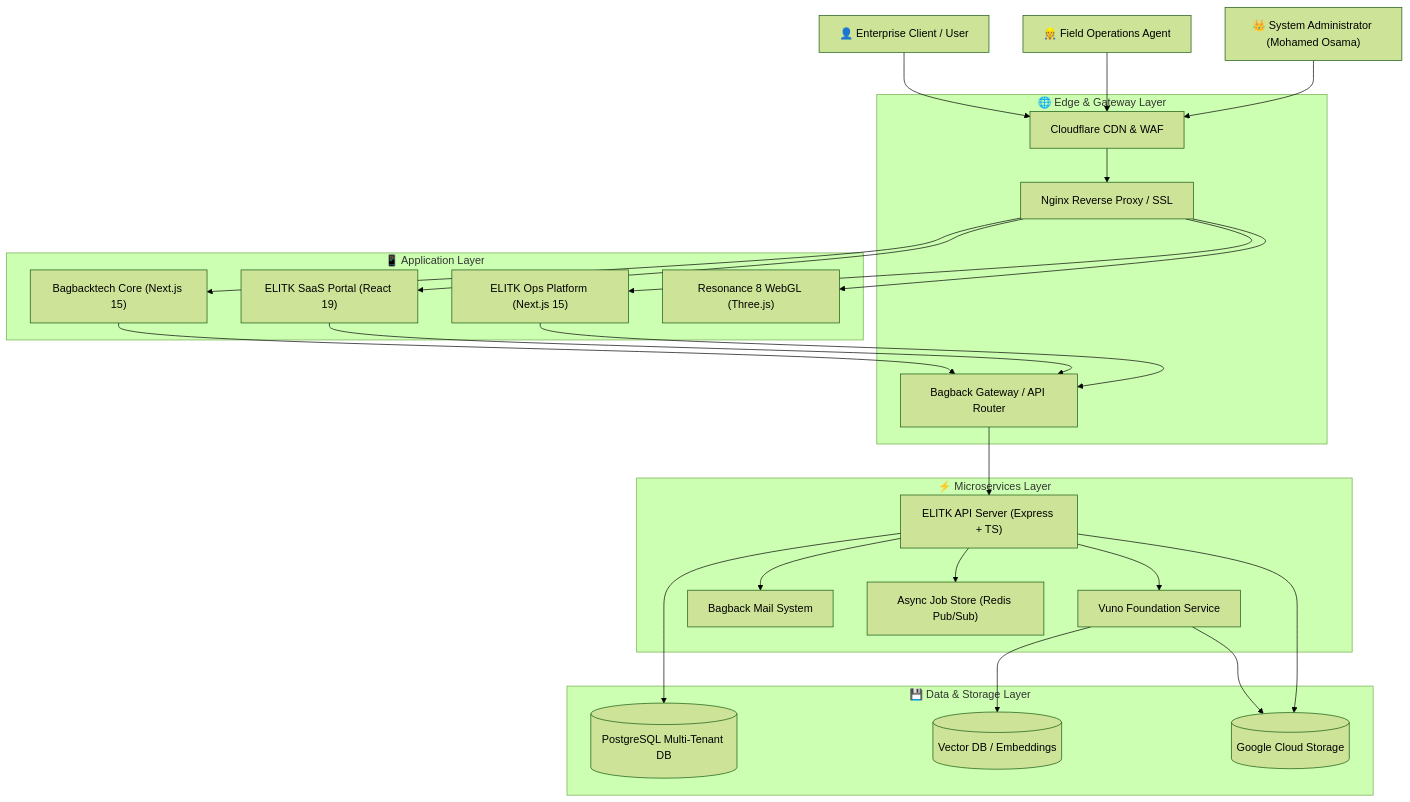
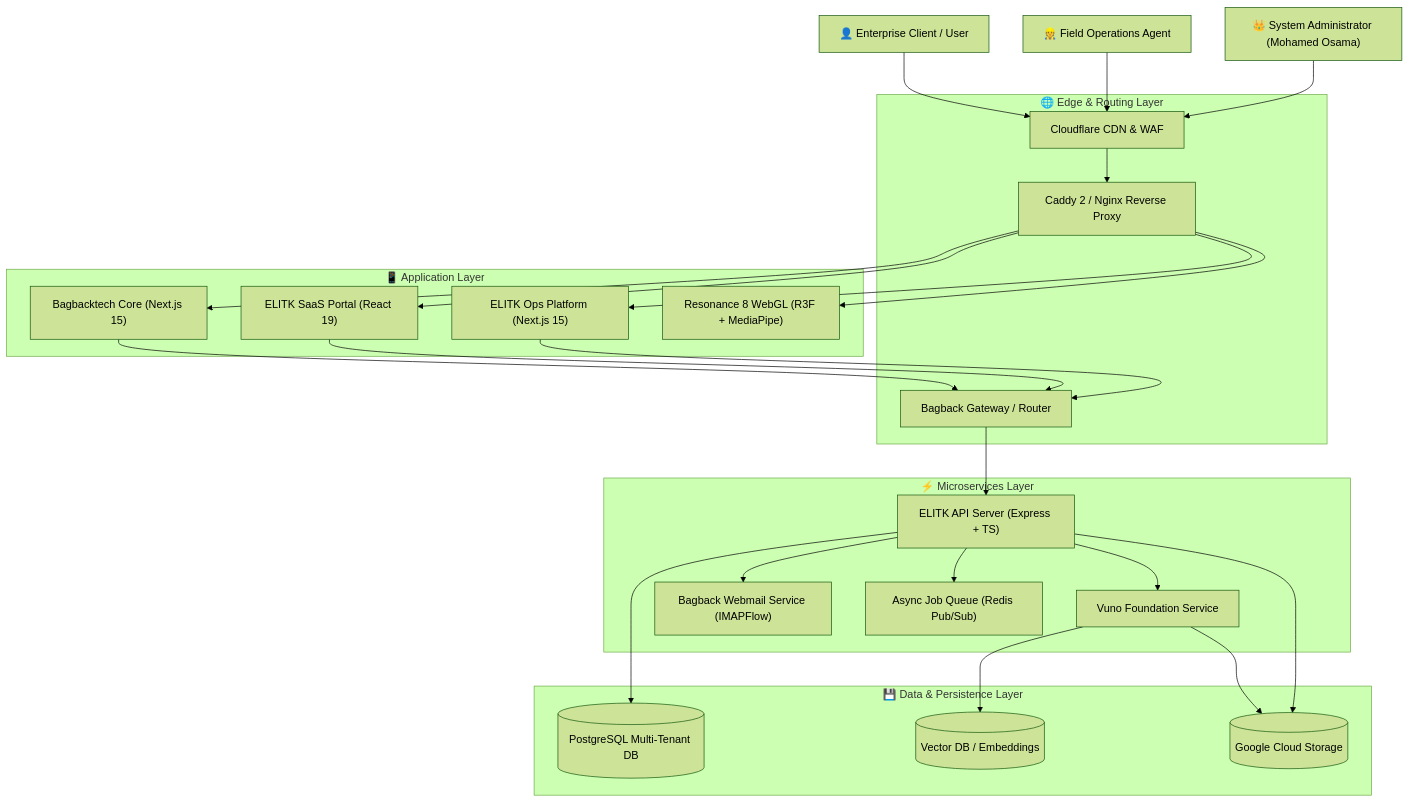
The diagram in README.md (mohamedosamaai/mohamedosamaai), drawn with Mermaid (forest theme) before and after one commit. The commit also changed other lines of this file and 14 other files, not shown here.

Commit message:
docs(readme): overhaul architecture showcase and purge redundant pronouns

````diff
--- a/README.md
+++ b/README.md
@@ -81,62 +92,62 @@
 ```mermaid
 graph TD
     %% User Personas
     Client["👤 Enterprise Client / User"]
     OpUser["👷 Field Operations Agent"]
     Admin["👑 System Administrator (Mohamed Osama)"]
 
-    %% Gateway & Edge Layer
-    subgraph Edge ["🌐 Edge & Gateway Layer"]
+    %% Edge Layer
+    subgraph Edge ["🌐 Edge & Routing Layer"]
         CF["Cloudflare CDN & WAF"]
-        Proxy["Nginx Reverse Proxy / SSL"]
-        Gateway["Bagback Gateway / API Router"]
+        CaddyProxy["Caddy 2 / Nginx Reverse Proxy"]
+        Gateway["Bagback Gateway / Router"]
     end
 
     %% Application Layer
     subgraph Apps ["📱 Application Layer"]
         CoreWeb["Bagbacktech Core (Next.js 15)"]
         ElitkWeb["ELITK SaaS Portal (React 19)"]
         OpsApp["ELITK Ops Platform (Next.js 15)"]
-        Resonance8["Resonance 8 WebGL (Three.js)"]
+        Resonance8["Resonance 8 WebGL (R3F + MediaPipe)"]
     end
 
-    %% Microservices Layer
+    %% Services Layer
     subgraph Services ["⚡ Microservices Layer"]
         APIServer["ELITK API Server (Express + TS)"]
-        AIService["Vuno Foundation Service"]
-        MailService["Bagback Mail System"]
-        JobStore["Async Job Store (Redis Pub/Sub)"]
+        VunoService["Vuno Foundation Service"]
+        MailService["Bagback Webmail Service (IMAPFlow)"]
+        JobStore["Async Job Queue (Redis Pub/Sub)"]
     end
 
     %% Persistence Layer
-    subgraph Data ["💾 Data & Storage Layer"]
+    subgraph Data ["💾 Data & Persistence Layer"]
         PG[("PostgreSQL Multi-Tenant DB")]
         VDB[("Vector DB / Embeddings")]
         GCS[("Google Cloud Storage")]
     end
 
     %% User Interactions
     Client --> CF
     OpUser --> CF
     Admin --> CF
-    CF --> Proxy
-    Proxy --> CoreWeb
-    Proxy --> ElitkWeb
-    Proxy --> OpsApp
-    Proxy --> Resonance8
+    CF --> CaddyProxy
+    CaddyProxy --> CoreWeb
+    CaddyProxy --> ElitkWeb
+    CaddyProxy --> OpsApp
+    CaddyProxy --> Resonance8
 
     %% Service Connections
     CoreWeb --> Gateway
     ElitkWeb --> Gateway
     OpsApp --> Gateway
     Gateway --> APIServer
-    APIServer --> AIService
+    APIServer --> VunoService
     APIServer --> MailService
     APIServer --> JobStore
 
     %% Data Connections
     APIServer --> PG
-    AIService --> VDB
-    AIService --> GCS
+    VunoService --> VDB
+    VunoService --> GCS
     APIServer --> GCS
 ```
````
